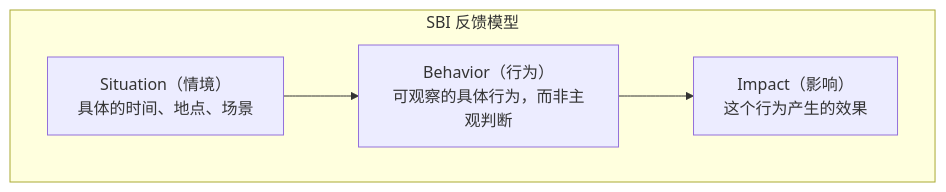
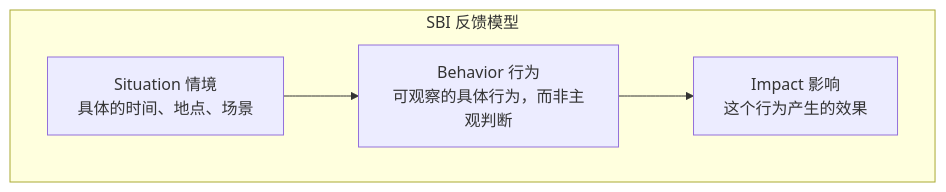
One commit to jpixy/jpixy.github.io changed the fifth of 9 diagrams in content/articles/leadership/mgr-03-员工发展与辅导指南.md. Above: the diagram before and after it, drawn with Mermaid. The commit also changed other lines of this file and 66 other files, not shown here.

Commit message:
fix: resolve Mermaid syntax errors by removing parentheses in node labels

````diff
--- a/content/articles/leadership/mgr-03-员工发展与辅导指南.md
+++ b/content/articles/leadership/mgr-03-员工发展与辅导指南.md
@@ -230,10 +230,10 @@
 ```mermaid
 graph TB
     subgraph "SBI 反馈模型"
-        S["Situation（情境）<br/>具体的时间、地点、场景"]
-        B["Behavior（行为）<br/>可观察的具体行为，而非主观判断"]
-        I["Impact（影响）<br/>这个行为产生的效果"]
+        S["Situation 情境<br/>具体的时间、地点、场景"]
+        B["Behavior 行为<br/>可观察的具体行为，而非主观判断"]
+        I["Impact 影响<br/>这个行为产生的效果"]
         
         S --> B --> I
     end
 ```
````
